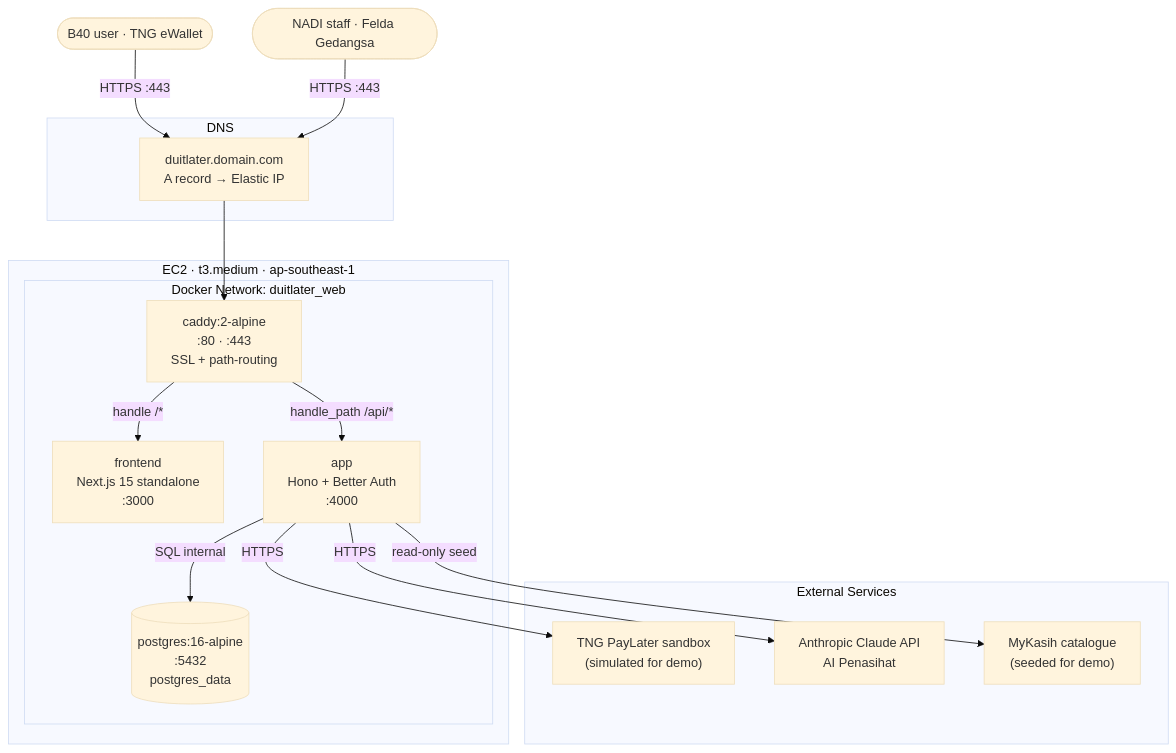
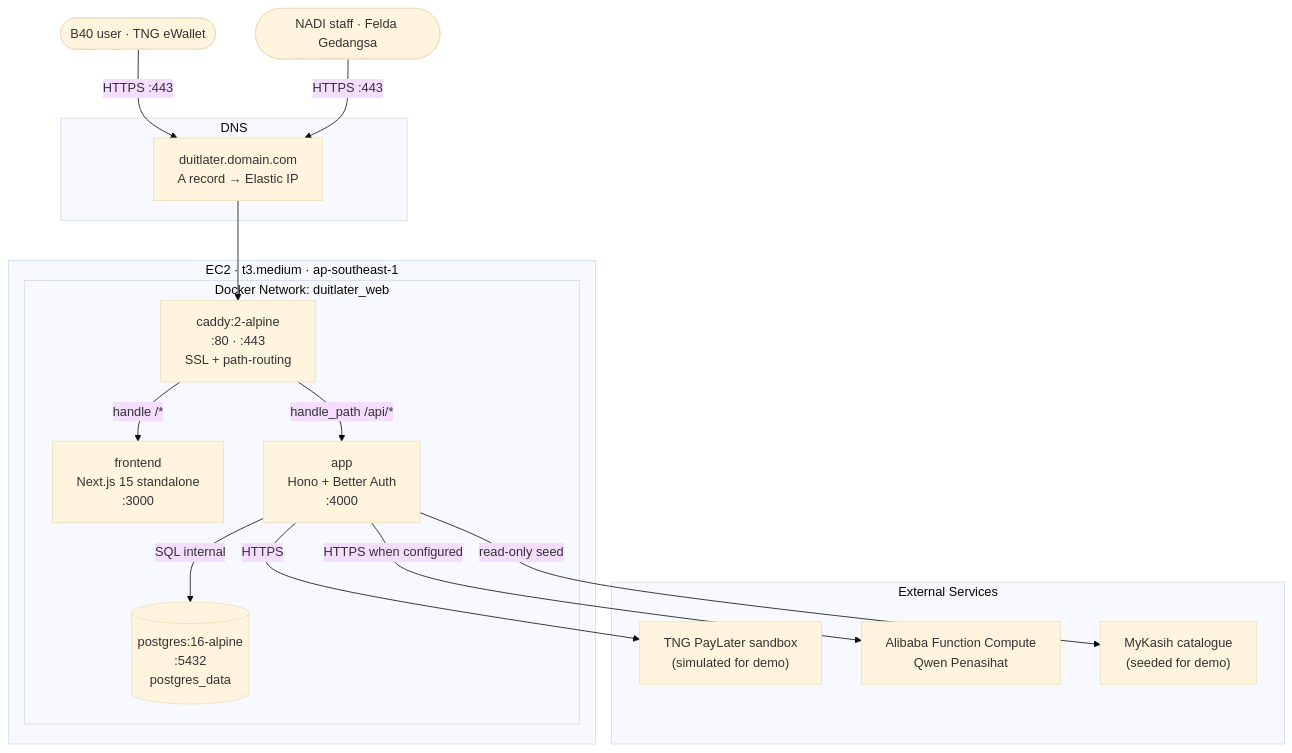
The first of 9 diagrams in docs/tech/ARCHITECTURE.md (Zen0space/R2-D2-Finhack), drawn with Mermaid (base theme) before and after one commit. The commit also changed other lines of this file and 23 other files, not shown here.

````diff
--- a/docs/tech/ARCHITECTURE.md
+++ b/docs/tech/ARCHITECTURE.md
@@ -9,34 +9,34 @@
 ```mermaid
 graph TB
     User([B40 user · TNG eWallet])
     NadiStaff([NADI staff · Felda Gedangsa])
 
     subgraph DNS
         Domain[duitlater.domain.com<br/>A record → Elastic IP]
     end
 
     subgraph EC2["EC2 · t3.medium · ap-southeast-1"]
         subgraph Net["Docker Network: duitlater_web"]
             Caddy["caddy:2-alpine<br/>:80 · :443<br/>SSL + path-routing"]
             Frontend["frontend<br/>Next.js 15 standalone<br/>:3000"]
             App["app<br/>Hono + Better Auth<br/>:4000"]
             Postgres[("postgres:16-alpine<br/>:5432<br/>postgres_data")]
         end
     end
 
     subgraph External["External Services"]
         TNG["TNG PayLater sandbox<br/>(simulated for demo)"]
-        Claude["Anthropic Claude API<br/>AI Penasihat"]
+        Qwen["Alibaba Function Compute<br/>Qwen Penasihat"]
         MyKasih["MyKasih catalogue<br/>(seeded for demo)"]
     end
 
     User -->|HTTPS :443| Domain
     NadiStaff -->|HTTPS :443| Domain
     Domain --> Caddy
     Caddy -->|handle /*| Frontend
     Caddy -->|handle_path /api/*| App
     App -->|SQL internal| Postgres
     App -->|HTTPS| TNG
-    App -->|HTTPS| Claude
+    App -->|HTTPS when configured| Qwen
     App -->|read-only seed| MyKasih
 ```
````
